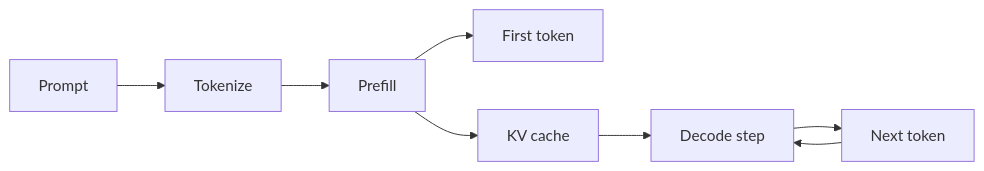
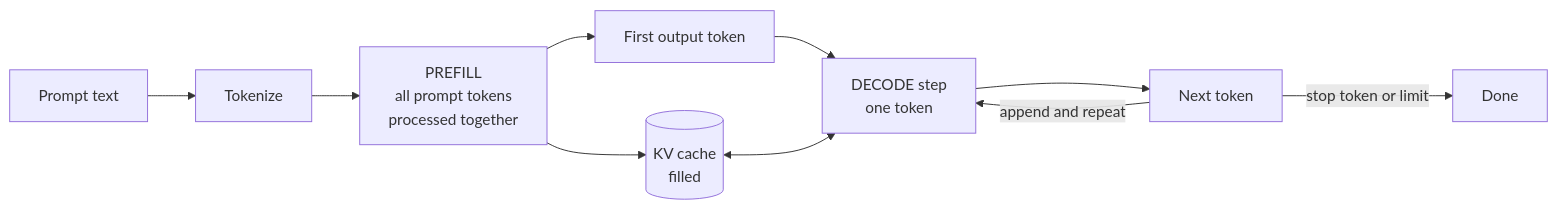
One commit to mrdavidlong/ml-training-inference-labs changed the diagram in docs/01-inference-basics.md. Above: the diagram before and after it, drawn with Mermaid. The commit also changed other lines of this file and 13 other files, not shown here.

````diff
--- a/docs/01-inference-basics.md
+++ b/docs/01-inference-basics.md
@@ -39,10 +63,12 @@
 ```mermaid
 flowchart LR
-    A[Prompt] --> B[Tokenize]
-    B --> C[Prefill]
-    C --> D[First token]
-    C --> E[KV cache]
-    E --> F[Decode step]
-    F --> G[Next token]
-    G --> F
+    A["Prompt text"] --> B["Tokenize"]
+    B --> C["PREFILL<br/>all prompt tokens<br/>processed together"]
+    C --> D["First output token"]
+    C --> E[("KV cache<br/>filled")]
+    D --> F["DECODE step<br/>one token"]
+    E <--> F
+    F --> G["Next token"]
+    G -->|"append and repeat"| F
+    G -->|"stop token or limit"| H["Done"]
 ```
````
